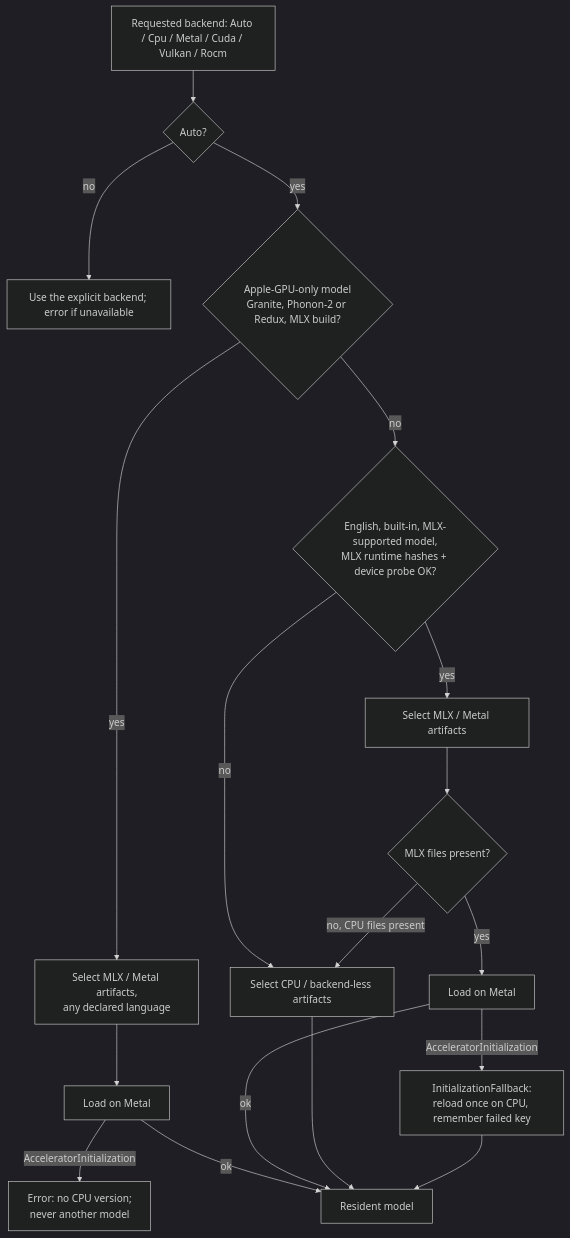
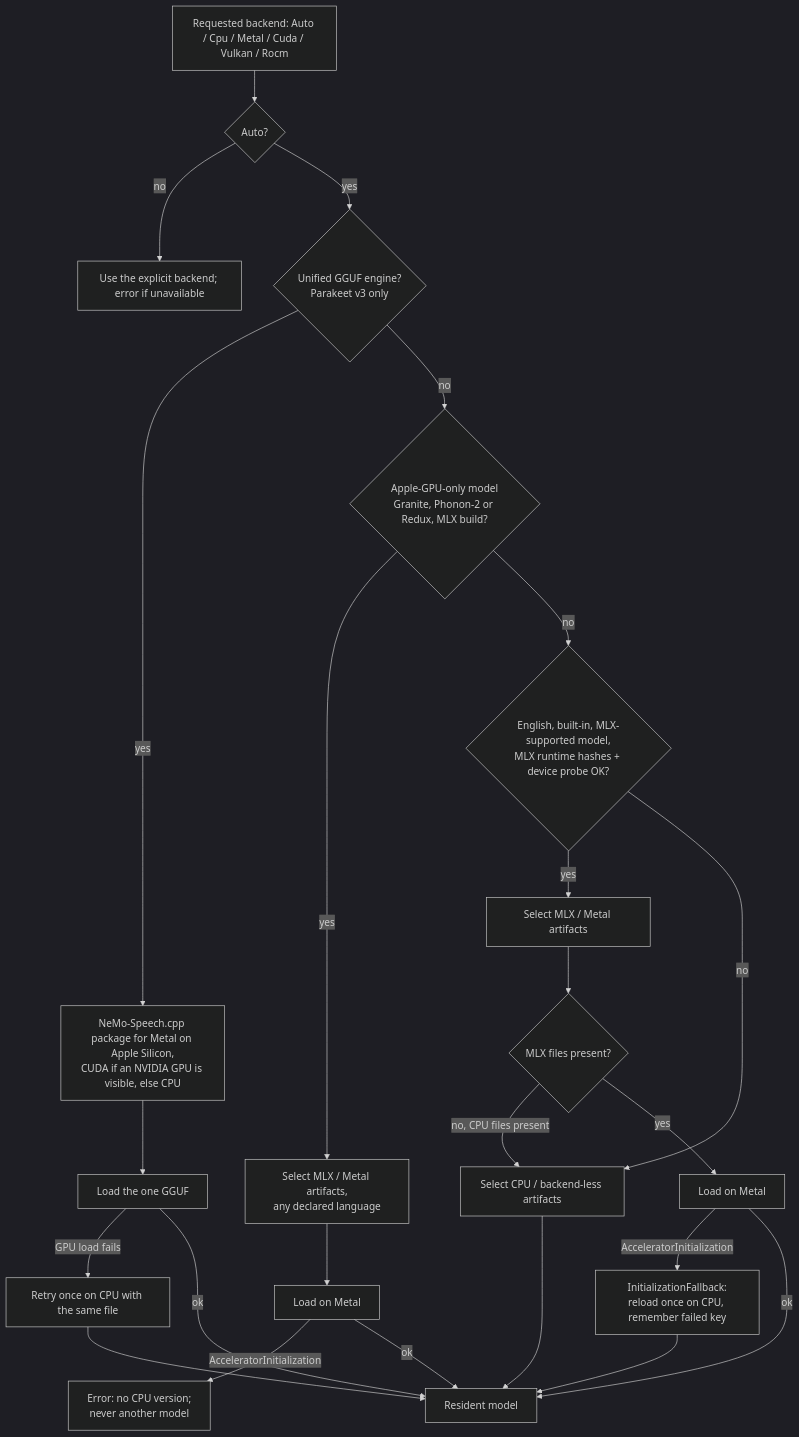
The fifth of 11 diagrams in docs/inference-architecture.md (rahulsharmavishwakarma/vesper), drawn with Mermaid (dark theme) before and after one commit. The commit also changed other lines of this file and 3 other files, not shown here.

First line of the commit message:
Record ADR-0024 and update architecture diagrams for the unified GGUF engine (Refs #293)

````diff
--- a/docs/inference-architecture.md
+++ b/docs/inference-architecture.md
@@ -247,21 +249,27 @@
 ```mermaid
 flowchart TB
   req[Requested backend: Auto / Cpu / Metal / Cuda / Vulkan / Rocm]
   req --> auto{Auto?}
   auto -->|no| exact[Use the explicit backend; error if unavailable]
-  auto -->|yes| gpuonly{Apple-GPU-only model<br/>Granite, Phonon-2 or Redux, MLX build?}
+  auto -->|yes| unified{Unified GGUF engine?<br/>Parakeet v3 only}
+  unified -->|yes| nemosel[NeMo-Speech.cpp package for Metal on Apple Silicon,<br/>CUDA if an NVIDIA GPU is visible, else CPU]
+  nemosel --> nload[Load the one GGUF]
+  nload -->|GPU load fails| nretry[Retry once on CPU with the same file]
+  nload -->|ok| run
+  nretry --> run
+  unified -->|no| gpuonly{Apple-GPU-only model<br/>Granite, Phonon-2 or Redux, MLX build?}
   gpuonly -->|yes| gpusel[Select MLX / Metal artifacts,<br/>any declared language]
   gpusel --> gload[Load on Metal]
   gload -->|AcceleratorInitialization| gerr[Error: no CPU version;<br/>never another model]
   gload -->|ok| run
   gpuonly -->|no| mlxq{English, built-in, MLX-supported model,<br/>MLX runtime hashes + device probe OK?}
   mlxq -->|yes| mlxsel[Select MLX / Metal artifacts]
   mlxq -->|no| cpu[Select CPU / backend-less artifacts]
   mlxsel --> files{MLX files present?}
   files -->|no, CPU files present| cpu
   files -->|yes| load[Load on Metal]
   load -->|AcceleratorInitialization| fallback[InitializationFallback:<br/>reload once on CPU, remember failed key]
   load -->|ok| run[Resident model]
   cpu --> run
   fallback --> run
 ```
````
